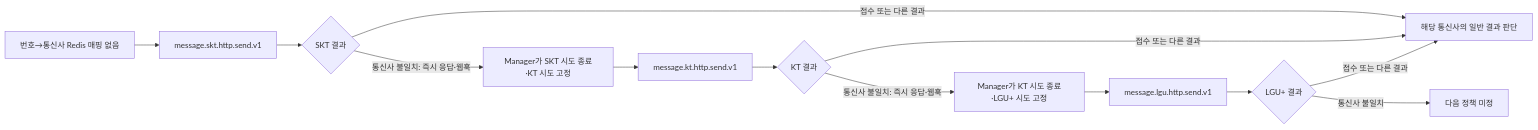
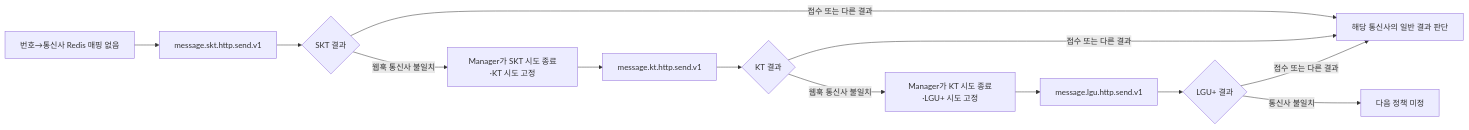
Before and after one commit to hyun-seung/High-throughput-event-platform: the fifth of 9 diagrams in docs/53-신규-메시지-케이스별-Call-Flow.md, drawn with Mermaid. The commit also changed other lines of this file and 5 other files, not shown here.

````diff
--- a/docs/53-신규-메시지-케이스별-Call-Flow.md
+++ b/docs/53-신규-메시지-케이스별-Call-Flow.md
@@ -147,15 +145,15 @@
 ```mermaid
 flowchart LR
     N[번호→통신사 Redis 매핑 없음] --> S[message.skt.http.send.v1]
     S --> R1{SKT 결과}
-    R1 -->|통신사 불일치: 즉시 응답·웹훅| M1[Manager가 SKT 시도 종료·KT 시도 고정]
+    R1 -->|웹훅 통신사 불일치| M1[Manager가 SKT 시도 종료·KT 시도 고정]
     M1 --> K[message.kt.http.send.v1]
     K --> R2{KT 결과}
-    R2 -->|통신사 불일치: 즉시 응답·웹훅| M2[Manager가 KT 시도 종료·LGU+ 시도 고정]
+    R2 -->|웹훅 통신사 불일치| M2[Manager가 KT 시도 종료·LGU+ 시도 고정]
     M2 --> L[message.lgu.http.send.v1]
     L --> R3{LGU+ 결과}
     R1 -->|접수 또는 다른 결과| J[해당 통신사의 일반 결과 판단]
     R2 -->|접수 또는 다른 결과| J
     R3 -->|접수 또는 다른 결과| J
     R3 -->|통신사 불일치| U[다음 정책 미정]
 ```
````
